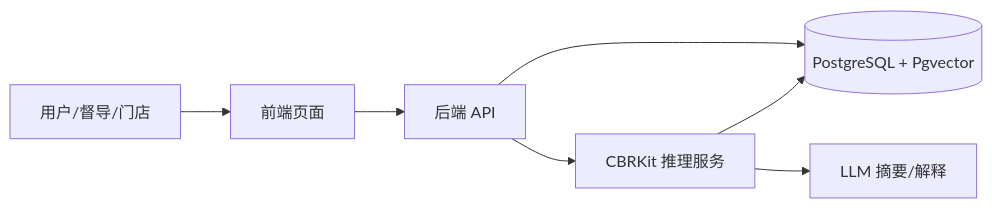
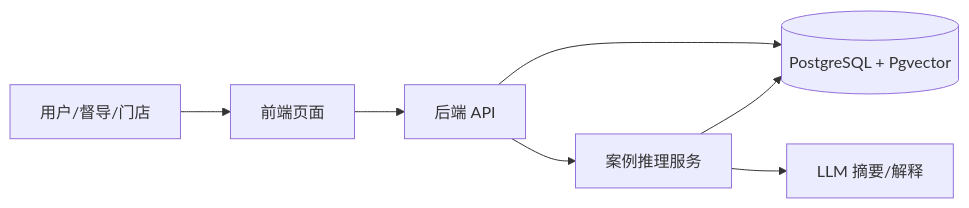
One commit to aierdong/a3-cbr changed the diagram in docs/mvp-product.md. Above: the diagram before and after it, drawn with Mermaid. The commit also changed other lines of this file and 41 other files, not shown here.

````diff
--- a/docs/mvp-product.md
+++ b/docs/mvp-product.md
@@ -117,9 +117,9 @@
 ```mermaid
 flowchart LR
     U[用户/督导/门店] --> P[前端页面]
     P --> API[后端 API]
-    API --> CBR[CBRKit 推理服务]
+    API --> CBR[案例推理服务]
     CBR --> V[(PostgreSQL + Pgvector)]
     CBR --> LLM[LLM 摘要/解释]
     API --> V
 ```
````
